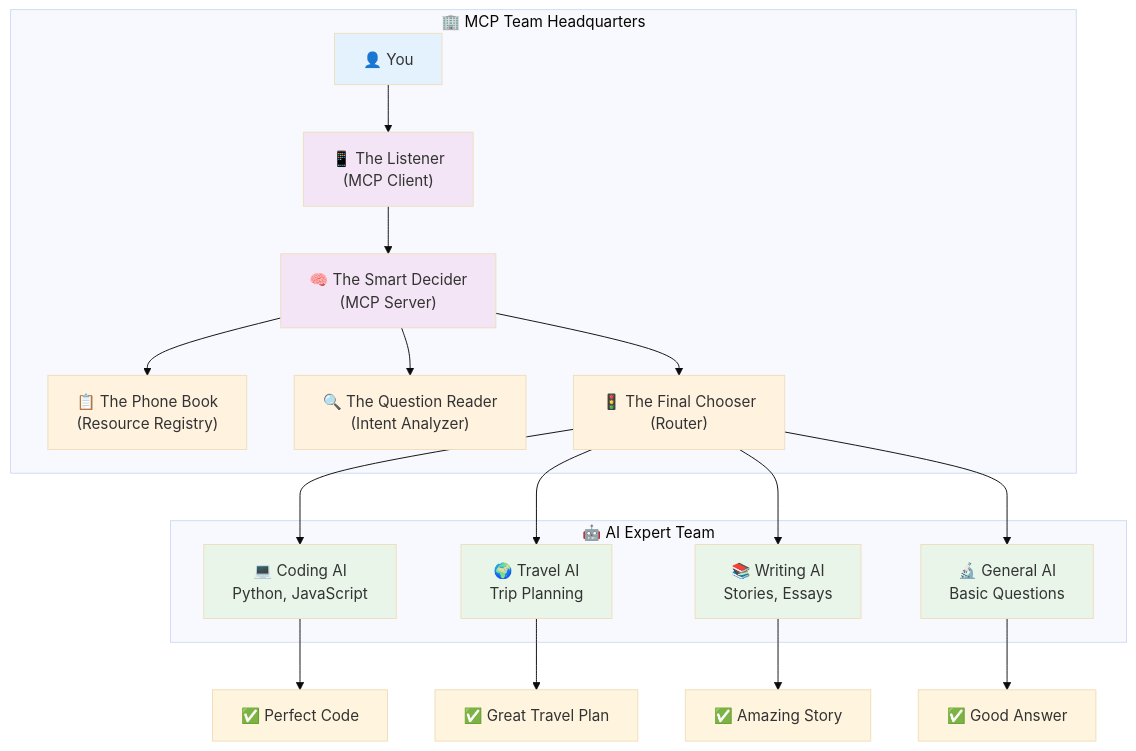
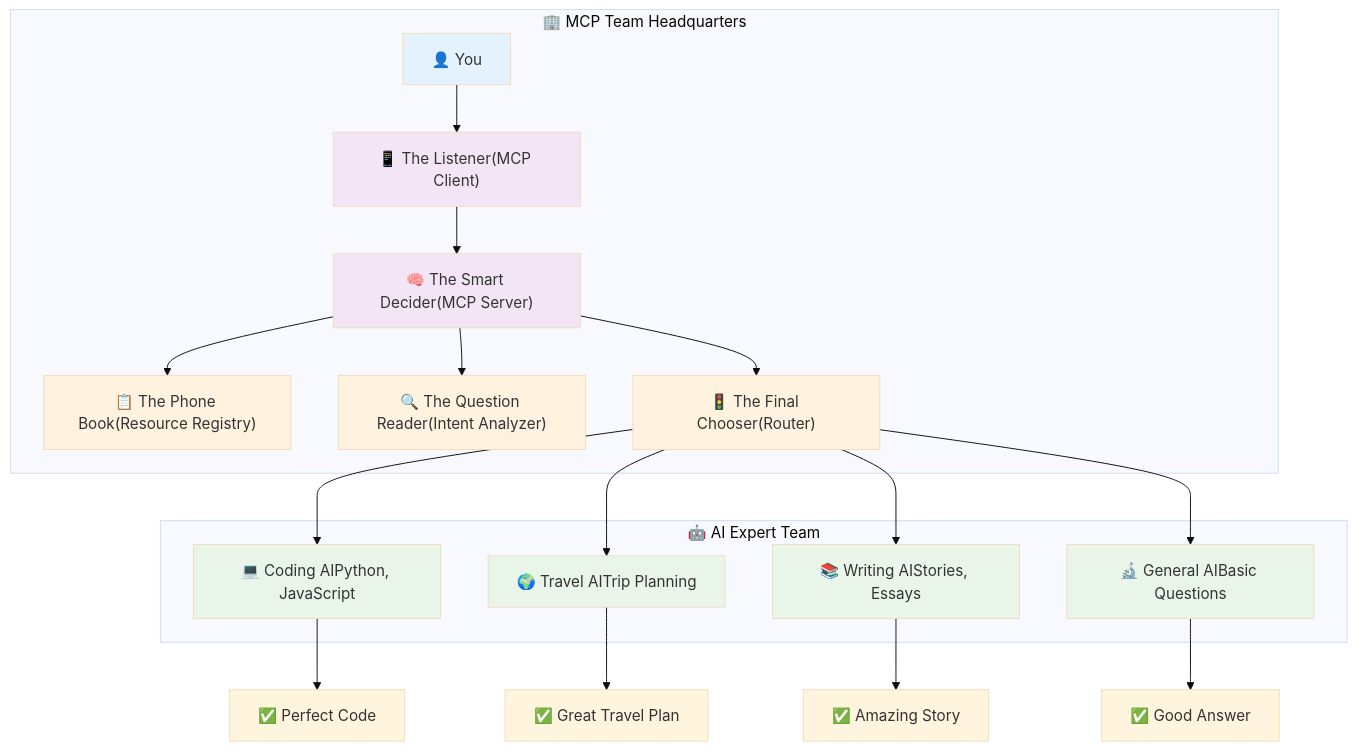
One commit to manikcloud/build-your-own-ai-assistant changed the seventh of 11 diagrams in MCP-Theory-Guide.md. Above: the diagram before and after it, drawn with Mermaid (base theme). The commit also changed other lines of this file and 1 other file, not shown here.

Commit message:
Remove all <br/> tags from Mermaid diagrams
Fixed GitHub Mermaid rendering issues:

🔧 Changes Made:
- Removed all <br/> tags from Mermaid diagram node labels
- Simplified text content to single-line format
- Maintained readability while ensuring GitHub compatibility

📊 Files Fixed:
- hands-on/json-mcp/README.md: Decision tree diagram
- MCP-Theory-Guide.md: All remaining diagrams with br tags

✅ All Mermaid diagrams now render properly on GitHub
✅ No parsing errors or 'Unable to render rich display' messages
✅ Professional appearance maintained across all documentation

````diff
--- a/MCP-Theory-Guide.md
+++ b/MCP-Theory-Guide.md
@@ -331,38 +331,38 @@
 ```mermaid
 graph TD
     subgraph "🏢 MCP Team Headquarters"
-        A["👤 You"] --> B["📱 The Listener<br/>(MCP Client)"]
-        B --> C["🧠 The Smart Decider<br/>(MCP Server)"]
-        C --> D["📋 The Phone Book<br/>(Resource Registry)"]
-        C --> E["🔍 The Question Reader<br/>(Intent Analyzer)"]
-        C --> F["🚦 The Final Chooser<br/>(Router)"]
+        A["👤 You"] --> B["📱 The Listener(MCP Client)"]
+        B --> C["🧠 The Smart Decider(MCP Server)"]
+        C --> D["📋 The Phone Book(Resource Registry)"]
+        C --> E["🔍 The Question Reader(Intent Analyzer)"]
+        C --> F["🚦 The Final Chooser(Router)"]
     end
     
     subgraph "🤖 AI Expert Team"
-        G["💻 Coding AI<br/>Python, JavaScript"]
-        H["🌍 Travel AI<br/>Trip Planning"]
-        I["📚 Writing AI<br/>Stories, Essays"]
-        J["🔬 General AI<br/>Basic Questions"]
+        G["💻 Coding AIPython, JavaScript"]
+        H["🌍 Travel AITrip Planning"]
+        I["📚 Writing AIStories, Essays"]
+        J["🔬 General AIBasic Questions"]
     end
     
     F --> G
     F --> H
     F --> I
     F --> J
     
     G --> K["✅ Perfect Code"]
     H --> L["✅ Great Travel Plan"]
     I --> M["✅ Amazing Story"]
     J --> N["✅ Good Answer"]
     
     style A fill:#e3f2fd
     style B fill:#f3e5f5
     style C fill:#f3e5f5
     style D fill:#fff3e0
     style E fill:#fff3e0
     style F fill:#fff3e0
     style G fill:#e8f5e8
     style H fill:#e8f5e8
     style I fill:#e8f5e8
     style J fill:#e8f5e8
 ```
````
